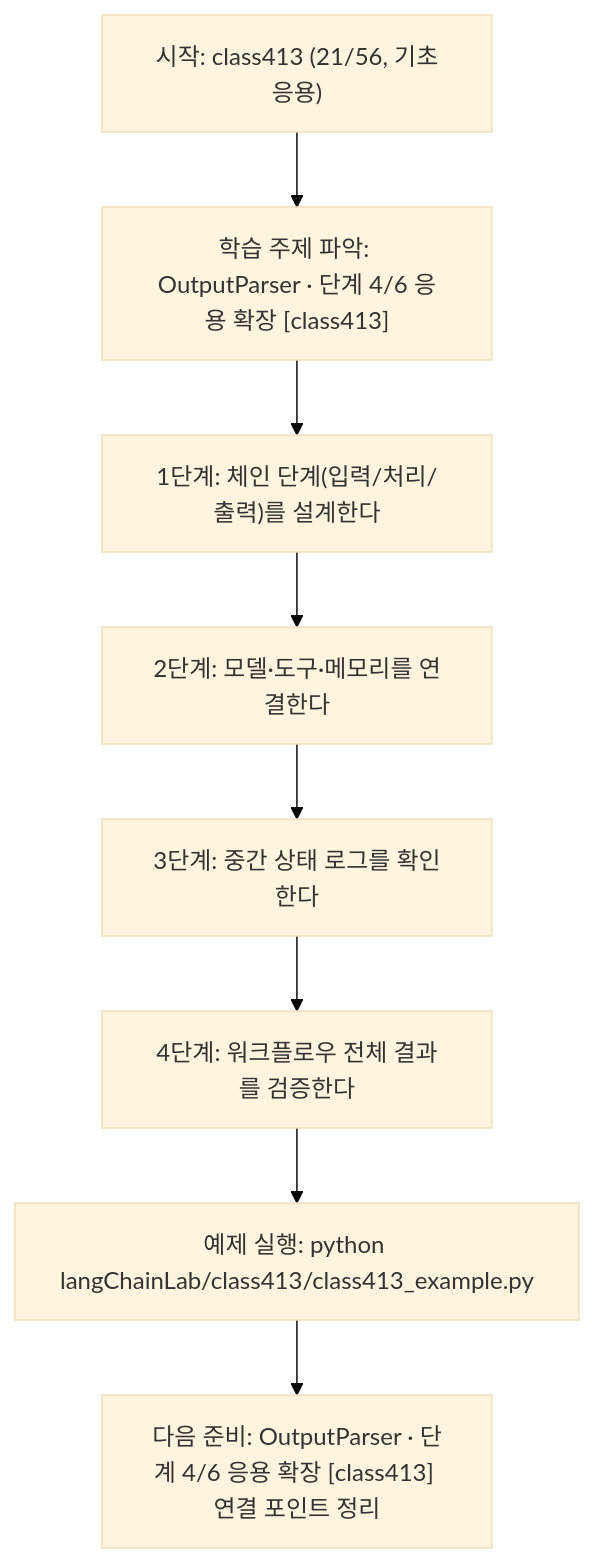
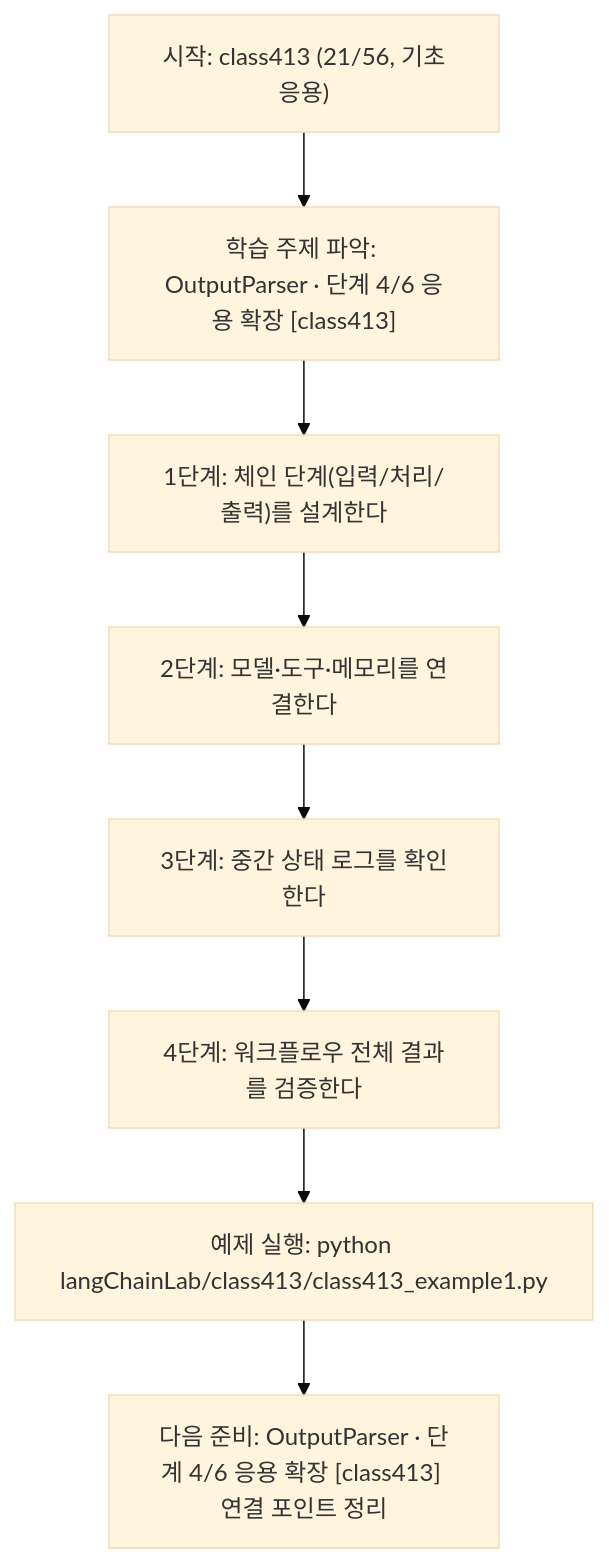
Before and after one commit to edumgt/Python-AI_Agent-Class: the diagram in langChainLab/class413/class413.md, drawn with Mermaid (base theme). The commit also changed other lines of this file and 2959 other files, not shown here.

````diff
--- a/langChainLab/class413/class413.md
+++ b/langChainLab/class413/class413.md
@@ -108,18 +108,18 @@
 ```mermaid
 flowchart TD
 N1["시작: class413 (21/56, 기초응용)"]
 N2["학습 주제 파악: OutputParser · 단계 4/6 응용 확장 [class413]"]
 N3["1단계: 체인 단계(입력/처리/출력)를 설계한다"]
 N4["2단계: 모델·도구·메모리를 연결한다"]
 N5["3단계: 중간 상태 로그를 확인한다"]
 N6["4단계: 워크플로우 전체 결과를 검증한다"]
-N7["예제 실행: python langChainLab/class413/class413_example.py"]
+N7["예제 실행: python langChainLab/class413/class413_example1.py"]
 N8["다음 준비: OutputParser · 단계 4/6 응용 확장 [class413] 연결 포인트 정리"]
 N1 --> N2
 N2 --> N3
 N3 --> N4
 N4 --> N5
 N5 --> N6
 N6 --> N7
 N7 --> N8
 ```
````
